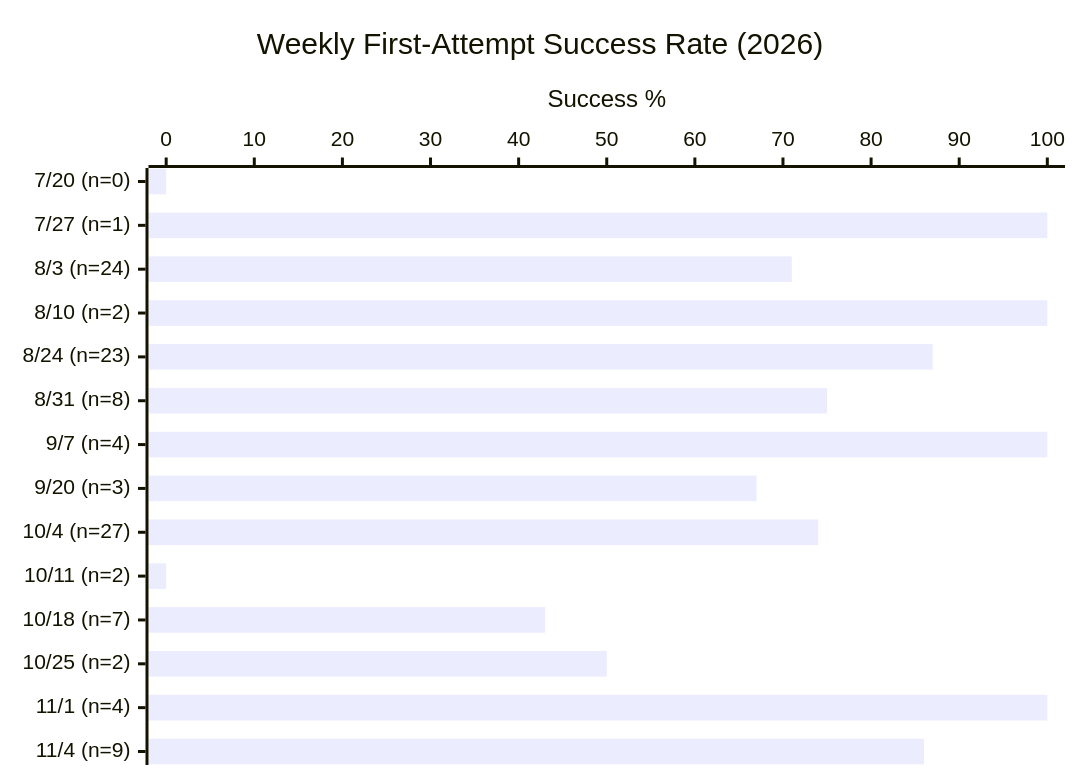
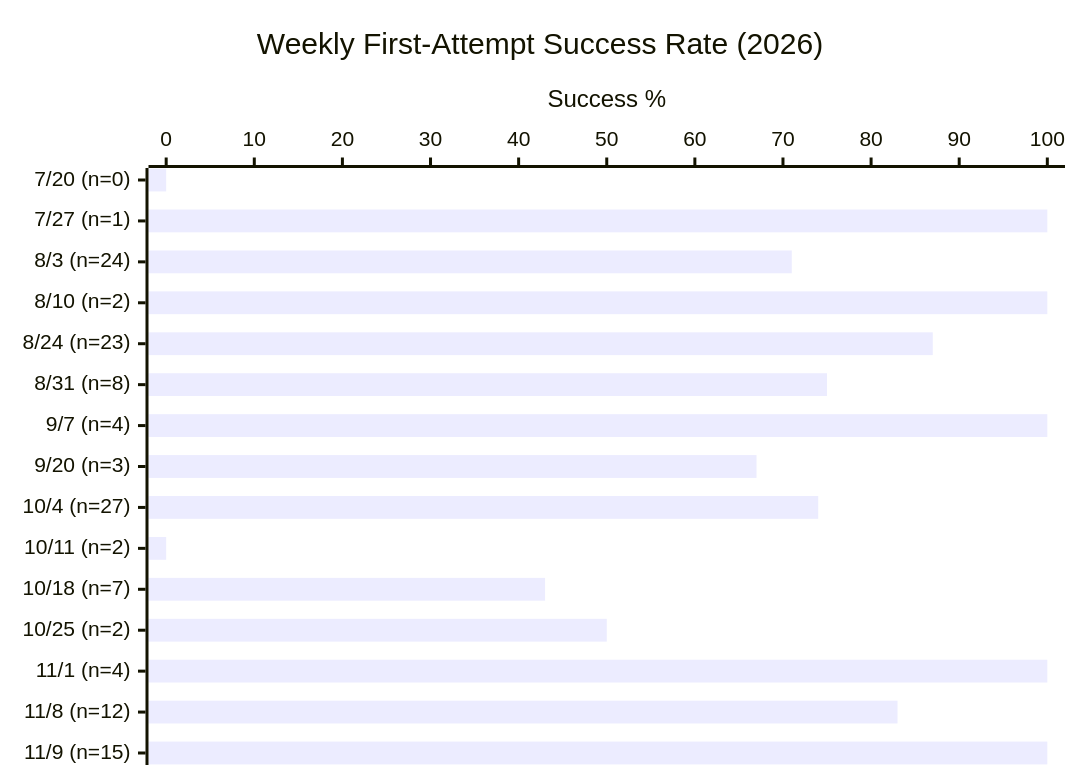
One commit to Sanctum-Origo-Systems/patina changed the first of 3 diagrams in EVAL.md. Above: the diagram before and after it, drawn with Mermaid. The commit also changed other lines of this file and 1 other file, not shown here.

````diff
--- a/EVAL.md
+++ b/EVAL.md
@@ -17,7 +17,7 @@
 ```mermaid
 xychart-beta horizontal
     title "Weekly First-Attempt Success Rate (2026)"
-    x-axis ["7/20 (n=0)", "7/27 (n=1)", "8/3 (n=24)", "8/10 (n=2)", "8/24 (n=23)", "8/31 (n=8)", "9/7 (n=4)", "9/20 (n=3)", "10/4 (n=27)", "10/11 (n=2)", "10/18 (n=7)", "10/25 (n=2)", "11/1 (n=4)", "11/4 (n=9)"]
+    x-axis ["7/20 (n=0)", "7/27 (n=1)", "8/3 (n=24)", "8/10 (n=2)", "8/24 (n=23)", "8/31 (n=8)", "9/7 (n=4)", "9/20 (n=3)", "10/4 (n=27)", "10/11 (n=2)", "10/18 (n=7)", "10/25 (n=2)", "11/1 (n=4)", "11/8 (n=12)", "11/9 (n=15)"]
     y-axis "Success %" 0 --> 100
-    bar [0, 100, 71, 100, 87, 75, 100, 67, 74, 0, 43, 50, 100, 86]
+    bar [0, 100, 71, 100, 87, 75, 100, 67, 74, 0, 43, 50, 100, 83, 100]
 ```
````
